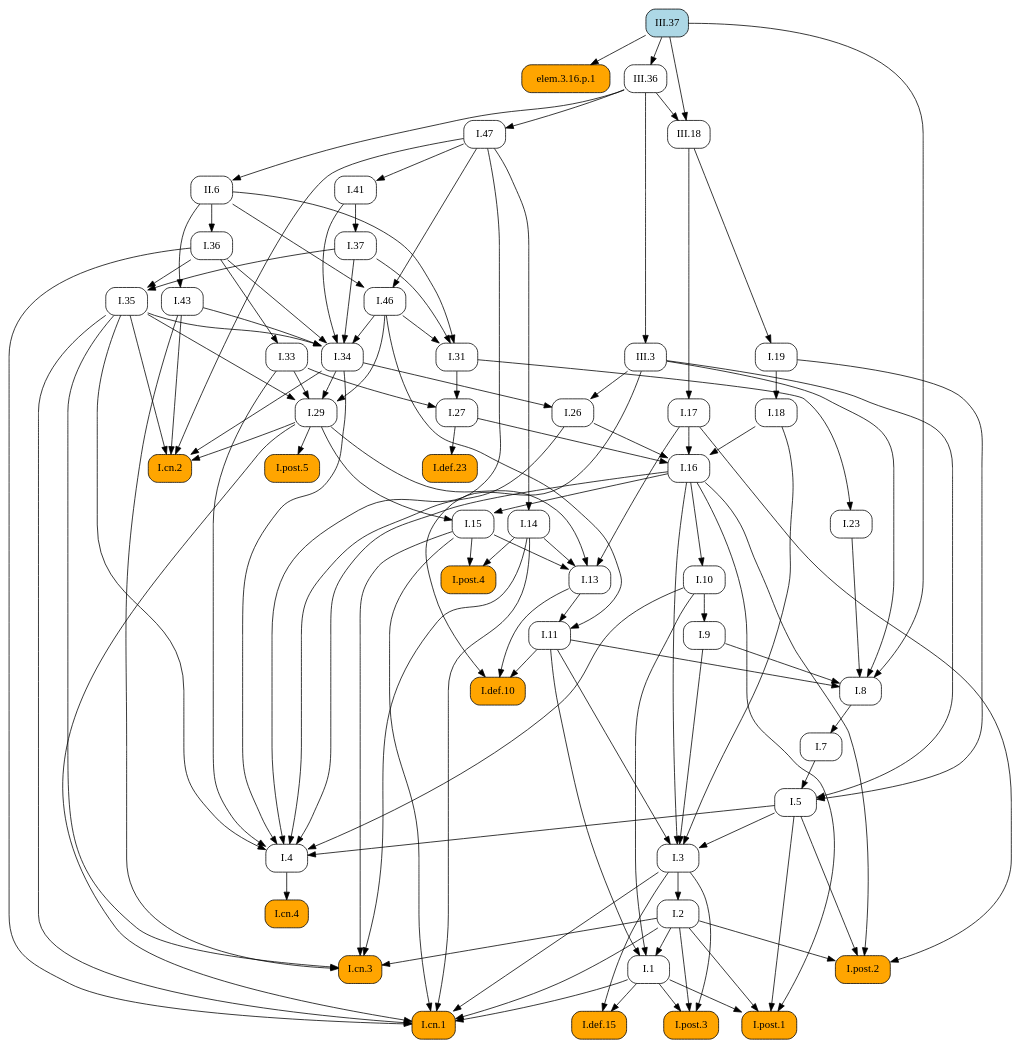
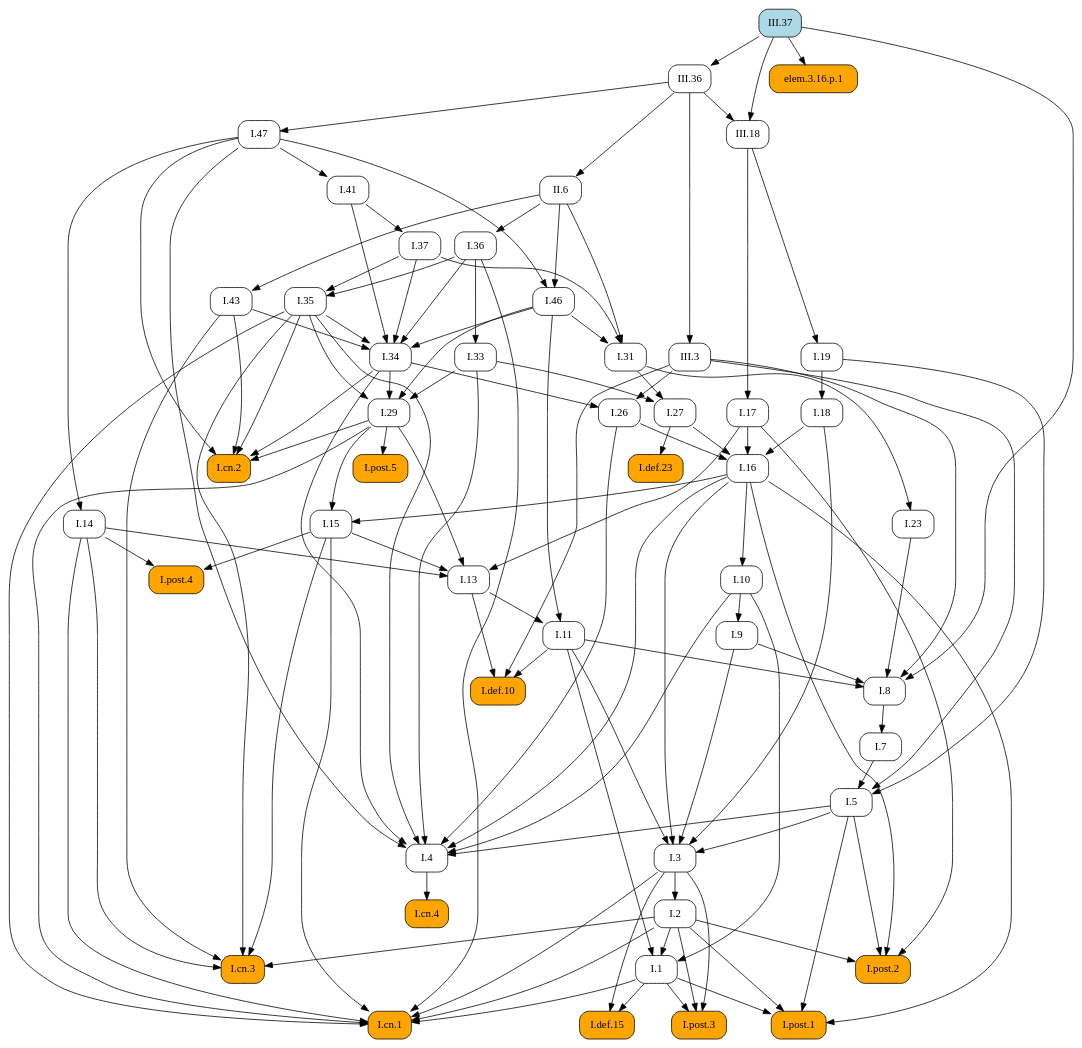
One commit to geometor/elements changed the diagram in docsrc/elements2/III/37/index.rst. Above: the diagram before and after it, drawn with Graphviz. The commit also changed other lines of this file and 171 other files, not shown here.

```diff
--- a/docsrc/elements2/III/37/index.rst
+++ b/docsrc/elements2/III/37/index.rst
@@ -72,96 +72,151 @@
    digraph {
      rankdir="TB";
      node [shape=box, style=rounded];
+     "I.8" [URL="/elements2/I/8/", target="_top"];
+     "I.46" [URL="/elements2/I/46/", target="_top"];
+     "III.36" [URL="/elements2/III/36/", target="_top"];
+     "I.36" [URL="/elements2/I/36/", target="_top"];
+     "I.47" [URL="/elements2/I/47/", target="_top"];
+     "I.14" [URL="/elements2/I/14/", target="_top"];
+     "I.post.1" [style="rounded,filled", fillcolor=orange, URL="/elements2/I/post.1/", target="_top"];
+     "I.33" [URL="/elements2/I/33/", target="_top"];
+     "I.5" [URL="/elements2/I/5/", target="_top"];
+     "I.post.5" [style="rounded,filled", fillcolor=orange, URL="/elements2/I/post.5/", target="_top"];
+     "III.3" [URL="/elements2/III/3/", target="_top"];
+     "I.def.10" [style="rounded,filled", fillcolor=orange, URL="/elements2/I/def.10/", target="_top"];
+     "III.37" [style="rounded,filled", fillcolor=lightblue, URL="/elements2/III/37/", target="_top"];
+     "I.cn.2" [style="rounded,filled", fillcolor=orange, URL="/elements2/I/cn.2/", target="_top"];
+     "elem.3.16.p.1" [style="rounded,filled", fillcolor=orange];
+     "I.def.15" [style="rounded,filled", fillcolor=orange, URL="/elements2/I/def.15/", target="_top"];
+     "I.31" [URL="/elements2/I/31/", target="_top"];
+     "I.11" [URL="/elements2/I/11/", target="_top"];
+     "I.43" [URL="/elements2/I/43/", target="_top"];
+     "I.post.2" [style="rounded,filled", fillcolor=orange, URL="/elements2/I/post.2/", target="_top"];
+     "I.3" [URL="/elements2/I/3/", target="_top"];
+     "I.def.23" [style="rounded,filled", fillcolor=orange, URL="/elements2/I/def.23/", target="_top"];
+     "I.26" [URL="/elements2/I/26/", target="_top"];
+     "I.19" [URL="/elements2/I/19/", target="_top"];
+     "I.cn.3" [style="rounded,filled", fillcolor=orange, URL="/elements2/I/cn.3/", target="_top"];
+     "I.cn.4" [style="rounded,filled", fillcolor=orange, URL="/elements2/I/cn.4/", target="_top"];
+     "I.1" [URL="/elements2/I/1/", target="_top"];
+     "I.7" [URL="/elements2/I/7/", target="_top"];
+     "I.17" [URL="/elements2/I/17/", target="_top"];
+     "I.9" [URL="/elements2/I/9/", target="_top"];
+     "I.cn.1" [style="rounded,filled", fillcolor=orange, URL="/elements2/I/cn.1/", target="_top"];
+     "I.29" [URL="/elements2/I/29/", target="_top"];
+     "I.16" [URL="/elements2/I/16/", target="_top"];
+     "I.18" [URL="/elements2/I/18/", target="_top"];
+     "I.13" [URL="/elements2/I/13/", target="_top"];
+     "I.post.4" [style="rounded,filled", fillcolor=orange, URL="/elements2/I/post.4/", target="_top"];
+     "I.41" [URL="/elements2/I/41/", target="_top"];
+     "I.35" [URL="/elements2/I/35/", target="_top"];
+     "I.2" [URL="/elements2/I/2/", target="_top"];
+     "II.6" [URL="/elements2/II/6/", target="_top"];
      "I.37" [URL="/elements2/I/37/", target="_top"];
-     "I.def.10" [style="rounded,filled", fillcolor=orange, URL="/elements2/I/def.10/", target="_top"];
-     "I.46" [URL="/elements2/I/46/", target="_top"];
-     "I.47" [URL="/elements2/I/47/", target="_top"];
+     "I.27" [URL="/elements2/I/27/", target="_top"];
+     "III.18" [URL="/elements2/III/18/", target="_top"];
+     "I.4" [URL="/elements2/I/4/", target="_top"];
+     "I.10" [URL="/elements2/I/10/", target="_top"];
+     "I.15" [URL="/elements2/I/15/", target="_top"];
      "I.34" [URL="/elements2/I/34/", target="_top"];
-     "I.cn.4" [style="rounded,filled", fillcolor=orange, URL="/elements2/I/cn.4/", target="_top"];
-     "I.def.15" [style="rounded,filled", fillcolor=orange, URL="/elements2/I/def.15/", target="_top"];
+     "I.23" [URL="/elements2/I/23/", target="_top"];
      "I.post.3" [style="rounded,filled", fillcolor=orange, URL="/elements2/I/post.3/", target="_top"];
-     "I.41" [URL="/elements2/I/41/", target="_top"];
-     "I.36" [URL="/elements2/I/36/", target="_top"];
-     "I.27" [URL="/elements2/I/27/", target="_top"];
-     "I.post.2" [style="rounded,filled", fillcolor=orange, URL="/elements2/I/post.2/", target="_top"];
-     "I.13" [URL="/elements2/I/13/", target="_top"];
-     "I.10" [URL="/elements2/I/10/", target="_top"];
-     "I.post.1" [style="rounded,filled", fillcolor=orange, URL="/elements2/I/post.1/", target="_top"];
-     "I.7" [URL="/elements2/I/7/", target="_top"];
-     "II.6" [URL="/elements2/II/6/", target="_top"];
-     "I.14" [URL="/elements2/I/14/", target="_top"];
-     "I.11" [URL="/elements2/I/11/", target="_top"];
-     "I.4" [URL="/elements2/I/4/", target="_top"];
-     "elem.3.16.p.1" [style="rounded,filled", fillcolor=orange];
-     "III.36" [URL="/elements2/III/36/", target="_top"];
-     "I.16" [URL="/elements2/I/16/", target="_top"];
-     "I.def.23" [style="rounded,filled", fillcolor=orange, URL="/elements2/I/def.23/", target="_top"];
-     "I.9" [URL="/elements2/I/9/", target="_top"];
-     "I.18" [URL="/elements2/I/18/", target="_top"];
-     "I.8" [URL="/elements2/I/8/", target="_top"];
-     "III.18" [URL="/elements2/III/18/", target="_top"];
-     "I.cn.2" [style="rounded,filled", fillcolor=orange, URL="/elements2/I/cn.2/", target="_top"];
-     "I.26" [URL="/elements2/I/26/", target="_top"];
-     "I.15" [URL="/elements2/I/15/", target="_top"];
-     "I.23" [URL="/elements2/I/23/", target="_top"];
-     "I.2" [URL="/elements2/I/2/", target="_top"];
-     "I.post.5" [style="rounded,filled", fillcolor=orange, URL="/elements2/I/post.5/", target="_top"];
-     "I.1" [URL="/elements2/I/1/", target="_top"];
-     "I.35" [URL="/elements2/I/35/", target="_top"];
-     "III.37" [style="rounded,filled", fillcolor=lightblue, URL="/elements2/III/37/", target="_top"];
-     "III.3" [URL="/elements2/III/3/", target="_top"];
-     "I.43" [URL="/elements2/I/43/", target="_top"];
-     "I.33" [URL="/elements2/I/33/", target="_top"];
-     "I.31" [URL="/elements2/I/31/", target="_top"];
-     "I.post.4" [style="rounded,filled", fillcolor=orange, URL="/elements2/I/post.4/", target="_top"];
-     "I.cn.1" [style="rounded,filled", fillcolor=orange, URL="/elements2/I/cn.1/", target="_top"];
-     "I.3" [URL="/elements2/I/3/", target="_top"];
-     "I.cn.3" [style="rounded,filled", fillcolor=orange, URL="/elements2/I/cn.3/", target="_top"];
-     "I.17" [URL="/elements2/I/17/", target="_top"];
-     "I.29" [URL="/elements2/I/29/", target="_top"];
-     "I.19" [URL="/elements2/I/19/", target="_top"];
-     "I.5" [URL="/elements2/I/5/", target="_top"];
-     "I.41" -> "I.37";
+     "I.9" -> "I.8";
+     "I.11" -> "I.8";
+     "I.23" -> "I.8";
+     "III.3" -> "I.8";
+     "III.37" -> "I.8";
+     "I.47" -> "I.46";
+     "II.6" -> "I.46";
+     "III.37" -> "III.36";
+     "II.6" -> "I.36";
+     "III.36" -> "I.47";
+     "I.47" -> "I.14";
+     "I.1" -> "I.post.1";
+     "I.2" -> "I.post.1";
+     "I.5" -> "I.post.1";
+     "I.16" -> "I.post.1";
+     "I.36" -> "I.33";
+     "I.7" -> "I.5";
+     "I.19" -> "I.5";
+     "III.3" -> "I.5";
+     "I.29" -> "I.post.5";
+     "III.36" -> "III.3";
      "I.11" -> "I.def.10";
      "I.13" -> "I.def.10";
      "III.3" -> "I.def.10";
-     "I.47" -> "I.46";
-     "II.6" -> "I.46";
-     "III.36" -> "I.47";
-     "I.35" -> "I.34";
-     "I.36" -> "I.34";
-     "I.37" -> "I.34";
-     "I.41" -> "I.34";
-     "I.43" -> "I.34";
-     "I.46" -> "I.34";
-     "I.4" -> "I.cn.4";
+     "I.29" -> "I.cn.2";
+     "I.34" -> "I.cn.2";
+     "I.35" -> "I.cn.2";
+     "I.43" -> "I.cn.2";
+     "I.47" -> "I.cn.2";
+     "III.37" -> "elem.3.16.p.1";
      "I.1" -> "I.def.15";
      "I.3" -> "I.def.15";
-     "I.1" -> "I.post.3";
-     "I.2" -> "I.post.3";
-     "I.3" -> "I.post.3";
-     "I.47" -> "I.41";
-     "II.6" -> "I.36";
-     "I.31" -> "I.27";
-     "I.33" -> "I.27";
+     "I.37" -> "I.31";
+     "I.46" -> "I.31";
+     "II.6" -> "I.31";
+     "I.13" -> "I.11";
+     "I.46" -> "I.11";
+     "II.6" -> "I.43";
      "I.2" -> "I.post.2";
      "I.5" -> "I.post.2";
      "I.16" -> "I.post.2";
      "I.17" -> "I.post.2";
+     "I.5" -> "I.3";
+     "I.9" -> "I.3";
+     "I.11" -> "I.3";
+     "I.16" -> "I.3";
+     "I.18" -> "I.3";
+     "I.27" -> "I.def.23";
+     "I.34" -> "I.26";
+     "III.3" -> "I.26";
+     "III.18" -> "I.19";
+     "I.2" -> "I.cn.3";
+     "I.14" -> "I.cn.3";
+     "I.15" -> "I.cn.3";
+     "I.35" -> "I.cn.3";
+     "I.43" -> "I.cn.3";
+     "I.4" -> "I.cn.4";
+     "I.2" -> "I.1";
+     "I.10" -> "I.1";
+     "I.11" -> "I.1";
+     "I.8" -> "I.7";
+     "III.18" -> "I.17";
+     "I.10" -> "I.9";
+     "I.1" -> "I.cn.1";
+     "I.2" -> "I.cn.1";
+     "I.3" -> "I.cn.1";
+     "I.14" -> "I.cn.1";
+     "I.15" -> "I.cn.1";
+     "I.29" -> "I.cn.1";
+     "I.35" -> "I.cn.1";
+     "I.36" -> "I.cn.1";
+     "I.33" -> "I.29";
+     "I.34" -> "I.29";
+     "I.35" -> "I.29";
+     "I.46" -> "I.29";
+     "I.17" -> "I.16";
+     "I.18" -> "I.16";
+     "I.26" -> "I.16";
+     "I.27" -> "I.16";
+     "I.19" -> "I.18";
      "I.14" -> "I.13";
      "I.15" -> "I.13";
      "I.17" -> "I.13";
      "I.29" -> "I.13";
-     "I.16" -> "I.10";
-     "I.1" -> "I.post.1";
-     "I.2" -> "I.post.1";
-     "I.5" -> "I.post.1";
-     "I.16" -> "I.post.1";
-     "I.8" -> "I.7";
+     "I.14" -> "I.post.4";
+     "I.15" -> "I.post.4";
+     "I.47" -> "I.41";
+     "I.36" -> "I.35";
+     "I.37" -> "I.35";
+     "I.3" -> "I.2";
      "III.36" -> "II.6";
-     "I.47" -> "I.14";
-     "I.13" -> "I.11";
-     "I.46" -> "I.11";
+     "I.41" -> "I.37";
+     "I.31" -> "I.27";
+     "I.33" -> "I.27";
+     "III.36" -> "III.18";
+     "III.37" -> "III.18";
      "I.5" -> "I.4";
      "I.10" -> "I.4";
      "I.16" -> "I.4";
@@ -170,72 +225,17 @@
      "I.34" -> "I.4";
      "I.35" -> "I.4";
      "I.47" -> "I.4";
-     "III.37" -> "elem.3.16.p.1";
-     "III.37" -> "III.36";
-     "I.17" -> "I.16";
-     "I.18" -> "I.16";
-     "I.26" -> "I.16";
-     "I.27" -> "I.16";
-     "I.27" -> "I.def.23";
-     "I.10" -> "I.9";
-     "I.19" -> "I.18";
-     "I.9" -> "I.8";
-     "I.11" -> "I.8";
-     "I.23" -> "I.8";
-     "III.3" -> "I.8";
-     "III.37" -> "I.8";
-     "III.36" -> "III.18";
-     "III.37" -> "III.18";
-     "I.29" -> "I.cn.2";
-     "I.34" -> "I.cn.2";
-     "I.35" -> "I.cn.2";
-     "I.43" -> "I.cn.2";
-     "I.47" -> "I.cn.2";
-     "I.34" -> "I.26";
-     "III.3" -> "I.26";
+     "I.16" -> "I.10";
      "I.16" -> "I.15";
      "I.29" -> "I.15";
+     "I.35" -> "I.34";
+     "I.36" -> "I.34";
+     "I.37" -> "I.34";
+     "I.41" -> "I.34";
+     "I.43" -> "I.34";
+     "I.46" -> "I.34";
      "I.31" -> "I.23";
-     "I.3" -> "I.2";
-     "I.29" -> "I.post.5";
-     "I.2" -> "I.1";
-     "I.10" -> "I.1";
-     "I.11" -> "I.1";
-     "I.36" -> "I.35";
-     "I.37" -> "I.35";
-     "III.36" -> "III.3";
-     "II.6" -> "I.43";
-     "I.36" -> "I.33";
-     "I.37" -> "I.31";
-     "I.46" -> "I.31";
-     "II.6" -> "I.31";
-     "I.14" -> "I.post.4";
-     "I.15" -> "I.post.4";
-     "I.1" -> "I.cn.1";
-     "I.2" -> "I.cn.1";
-     "I.3" -> "I.cn.1";
-     "I.14" -> "I.cn.1";
-     "I.15" -> "I.cn.1";
-     "I.29" -> "I.cn.1";
-     "I.35" -> "I.cn.1";
-     "I.36" -> "I.cn.1";
-     "I.5" -> "I.3";
-     "I.9" -> "I.3";
-     "I.11" -> "I.3";
-     "I.16" -> "I.3";
-     "I.18" -> "I.3";
-     "I.2" -> "I.cn.3";
-     "I.14" -> "I.cn.3";
-     "I.15" -> "I.cn.3";
-     "I.35" -> "I.cn.3";
-     "I.43" -> "I.cn.3";
-     "III.18" -> "I.17";
-     "I.33" -> "I.29";
-     "I.34" -> "I.29";
-     "I.35" -> "I.29";
-     "I.46" -> "I.29";
-     "III.18" -> "I.19";
-     "I.7" -> "I.5";
-     "I.19" -> "I.5";
-     "III.3" -> "I.5";
+     "I.1" -> "I.post.3";
+     "I.2" -> "I.post.3";
+     "I.3" -> "I.post.3";
    }
```
